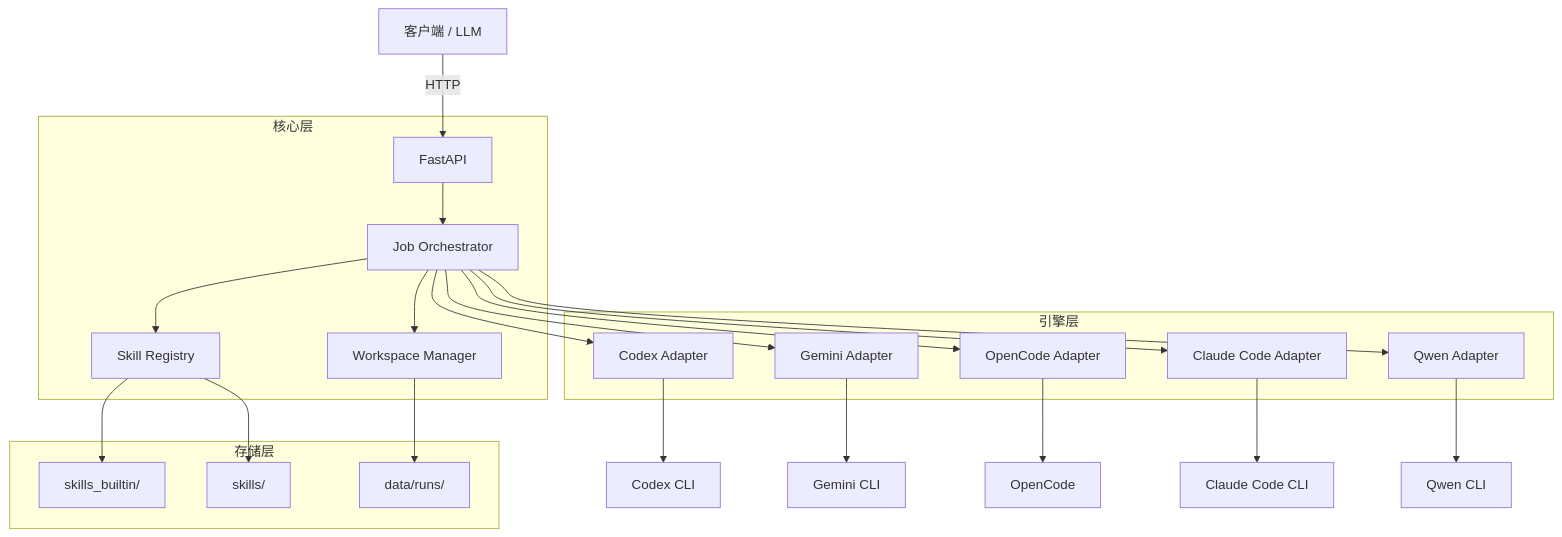
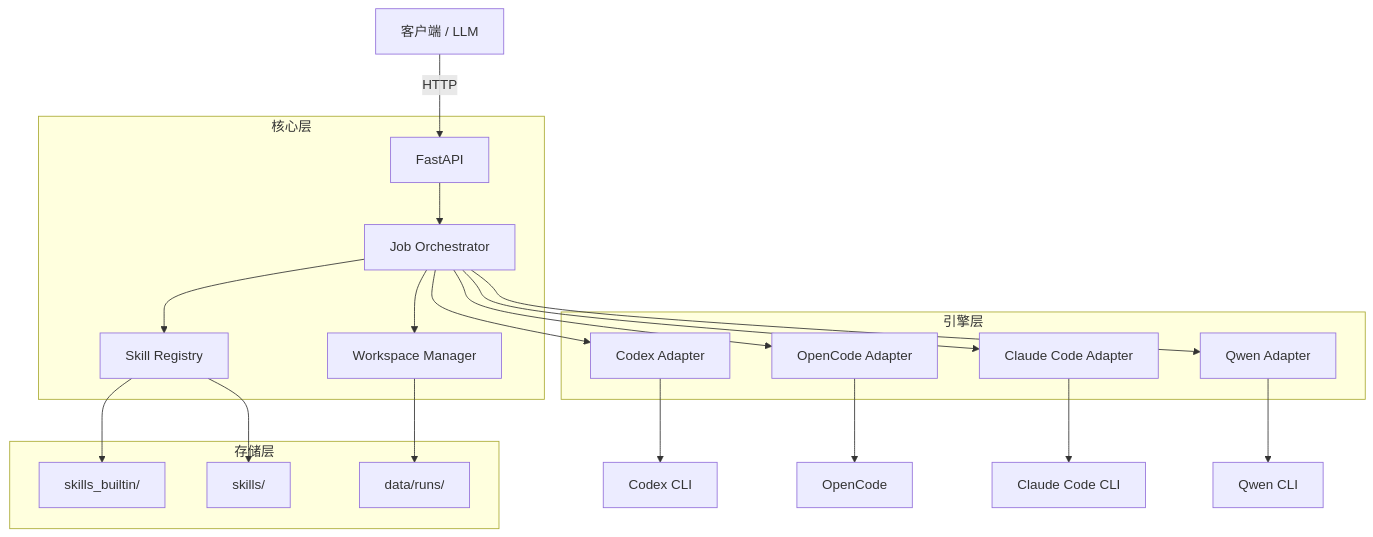
The diagram in README_CN.md (leike0813/Skill-Runner), drawn with Mermaid before and after one commit. The commit also changed other lines of this file and 78 other files, not shown here.

Commit message:
Refresh engine config schemas and deprecate gemini engine

````diff
--- a/README_CN.md
+++ b/README_CN.md
@@ -269,30 +270,28 @@
 ```mermaid
 graph TD
     Client[客户端 / LLM] -->|HTTP| API[FastAPI]
     
     subgraph 核心层
         API --> Orchestrator[Job Orchestrator]
         Orchestrator --> Registry[Skill Registry]
         Orchestrator --> Workspace[Workspace Manager]
     end
 
     subgraph 引擎层
         Orchestrator --> Codex[Codex Adapter]
-        Orchestrator --> Gemini[Gemini Adapter]
         Orchestrator --> OpenCode[OpenCode Adapter]
         Orchestrator --> ClaudeCode[Claude Code Adapter]
         Orchestrator --> Qwen[Qwen Adapter]
     end
 
     subgraph 存储层
         Registry --> BuiltinSkills[skills_builtin/]
         Registry --> UserSkills[skills/]
         Workspace --> Runs[data/runs/]
     end
 
     Codex --> CodexCLI[Codex CLI]
-    Gemini --> GeminiCLI[Gemini CLI]
     OpenCode --> OpenCodeCLI[OpenCode]
     ClaudeCode --> ClaudeCodeCLI[Claude Code CLI]
     Qwen --> QwenCLI[Qwen CLI]
 ```
````
